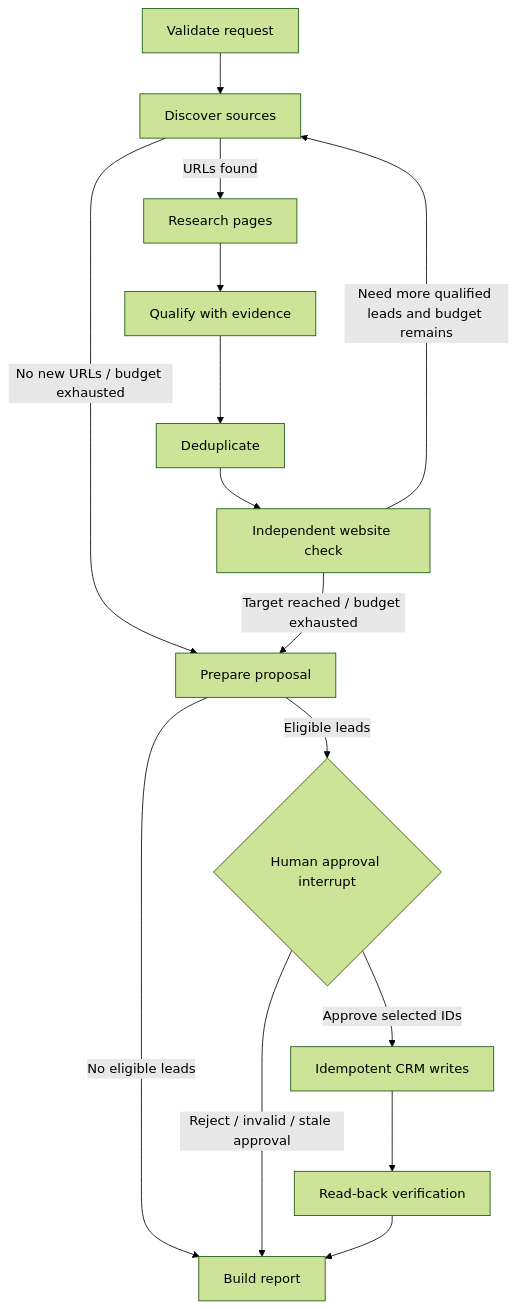
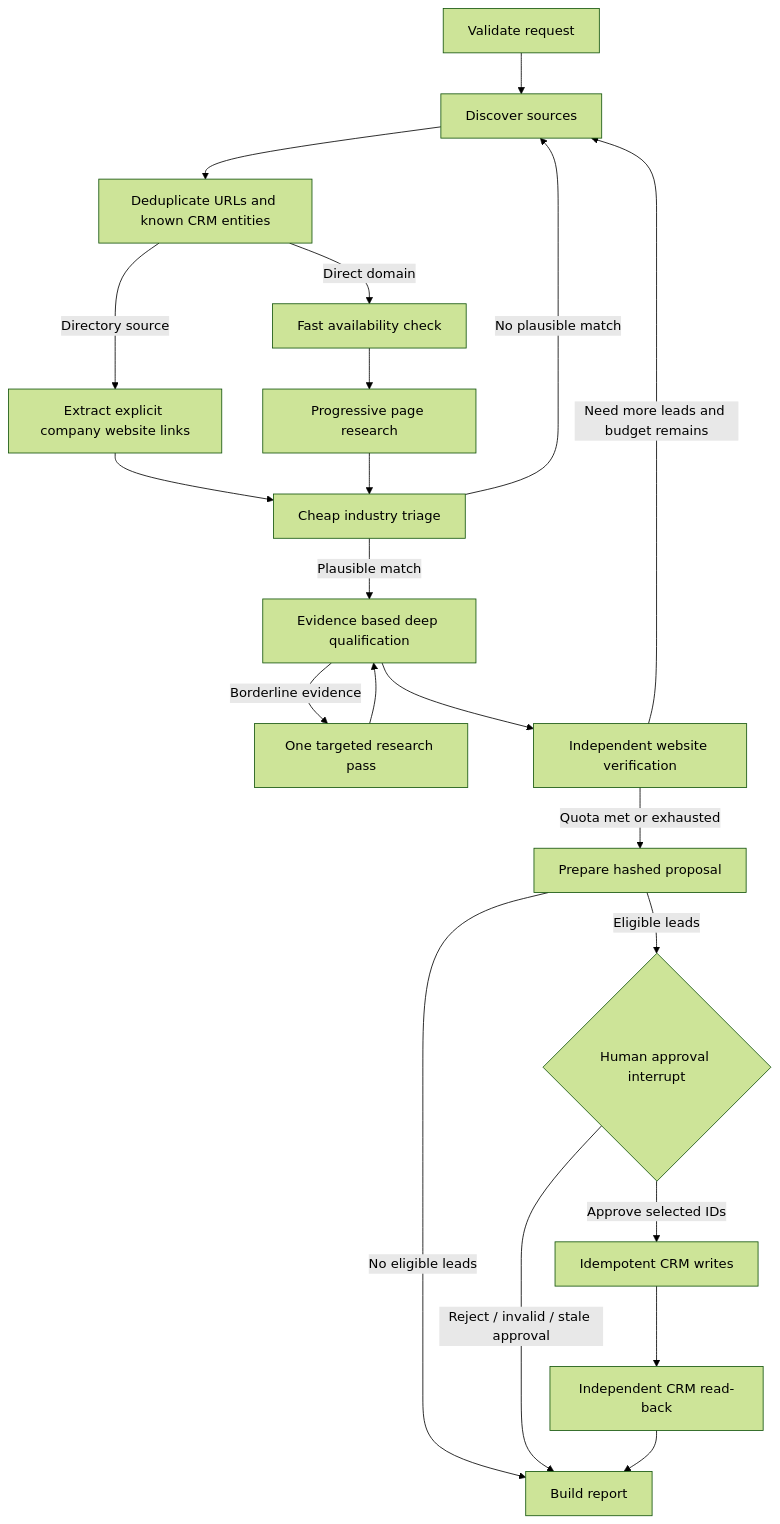
The diagram in lead-research-crm-loader/ARCHITECTURE.md (im1-omkar/finding-leads), drawn with Mermaid (forest theme) before and after one commit. The commit also changed other lines of this file and 25 other files, not shown here.

Commit message:
agent architectecture changed

````diff
--- a/lead-research-crm-loader/ARCHITECTURE.md
+++ b/lead-research-crm-loader/ARCHITECTURE.md
@@ -32,17 +32,23 @@
 ```mermaid
 flowchart TD
     A[Validate request] --> B[Discover sources]
-    B -->|URLs found| C[Research pages]
-    B -->|No new URLs / budget exhausted| H[Prepare proposal]
-    C --> D[Qualify with evidence]
-    D --> E[Deduplicate]
-    E --> F[Independent website check]
-    F -->|Need more qualified leads and budget remains| B
-    F -->|Target reached / budget exhausted| H
-    H -->|No eligible leads| L[Build report]
-    H -->|Eligible leads| I{Human approval interrupt}
-    I -->|Reject / invalid / stale approval| L
-    I -->|Approve selected IDs| J[Idempotent CRM writes]
-    J --> K[Read-back verification]
-    K --> L
+    B --> C[Deduplicate URLs and known CRM entities]
+    C -->|Directory source| D[Extract explicit company website links]
+    D --> G[Cheap industry triage]
+    C -->|Direct domain| E[Fast availability check]
+    E --> F[Progressive page research]
+    F --> G
+    G -->|Plausible match| H[Evidence based deep qualification]
+    G -->|No plausible match| B
+    H -->|Borderline evidence| I[One targeted research pass]
+    I --> H
+    H --> J[Independent website verification]
+    J -->|Need more leads and budget remains| B
+    J -->|Quota met or exhausted| K[Prepare hashed proposal]
+    K -->|No eligible leads| P[Build report]
+    K -->|Eligible leads| L{Human approval interrupt}
+    L -->|Reject / invalid / stale approval| P
+    L -->|Approve selected IDs| M[Idempotent CRM writes]
+    M --> N[Independent CRM read-back]
+    N --> P
 ```
````
